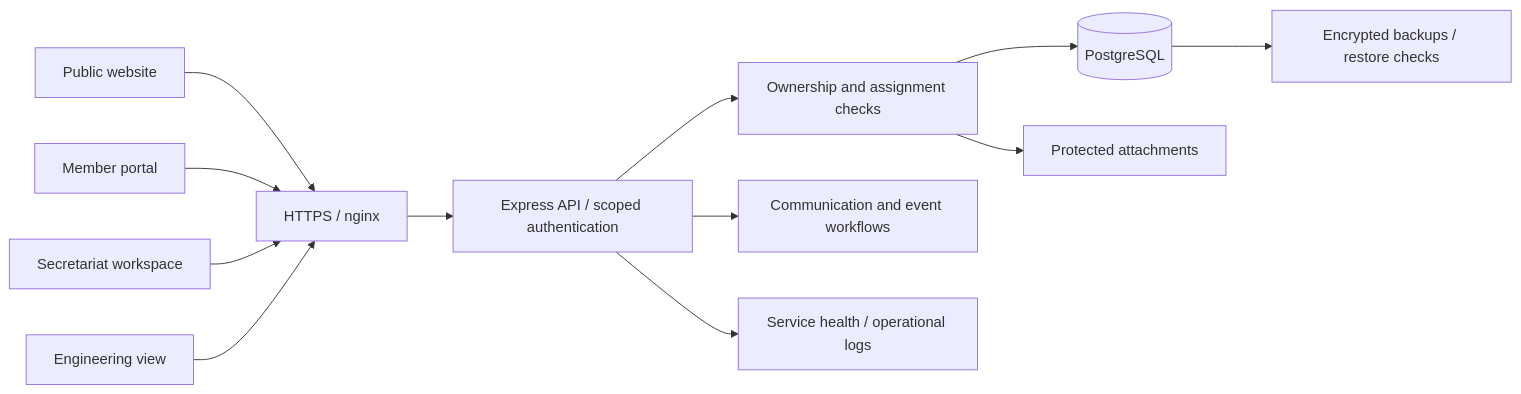
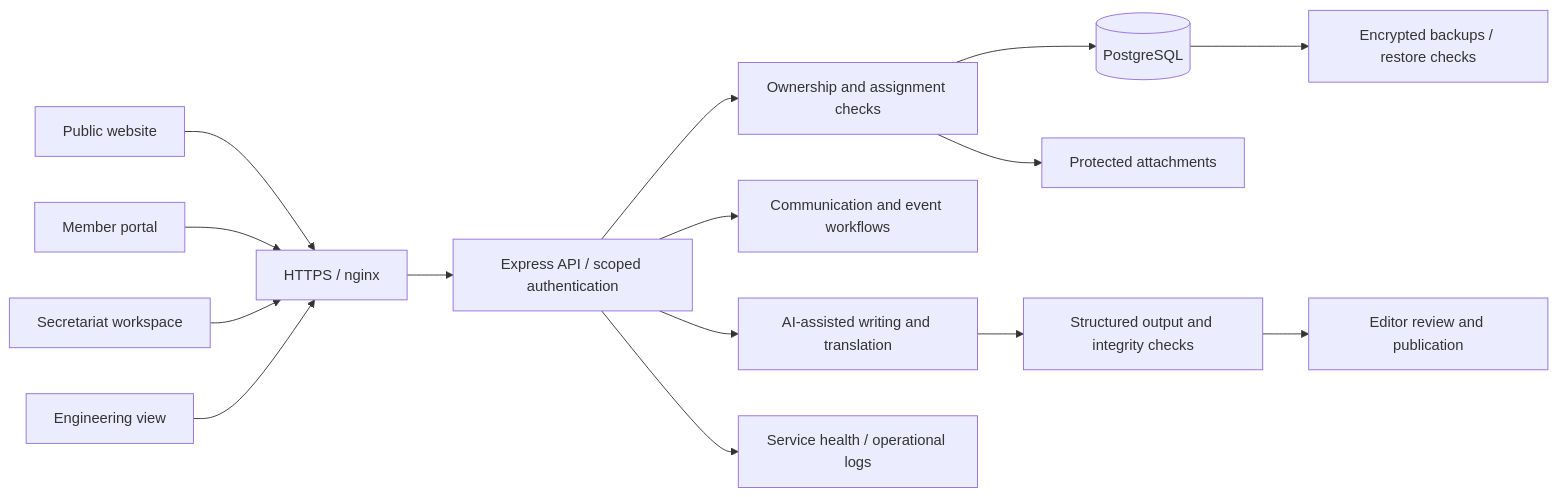
One commit to stelioszach03/stelioszach-portfolio changed the diagram in case-studies/asklepiosmed.md. Above: the diagram before and after it, drawn with Mermaid. The commit also changed other lines of this file and 9 other files, not shown here.

````diff
--- a/case-studies/asklepiosmed.md
+++ b/case-studies/asklepiosmed.md
@@ -33,14 +44,17 @@
 ```mermaid
 flowchart LR
   Public[Public website] --> Edge[HTTPS / nginx]
   Member[Member portal] --> Edge
   Staff[Secretariat workspace] --> Edge
   Engineer[Engineering view] --> Edge
   Edge --> API[Express API / scoped authentication]
   API --> Roles[Ownership and assignment checks]
   Roles --> DB[(PostgreSQL)]
   Roles --> Files[Protected attachments]
   API --> Jobs[Communication and event workflows]
+  API --> AI[AI-assisted writing and translation]
+  AI --> Checks[Structured output and integrity checks]
+  Checks --> Review[Editor review and publication]
   DB --> Backup[Encrypted backups / restore checks]
   API --> Ops[Service health / operational logs]
 ```
````
